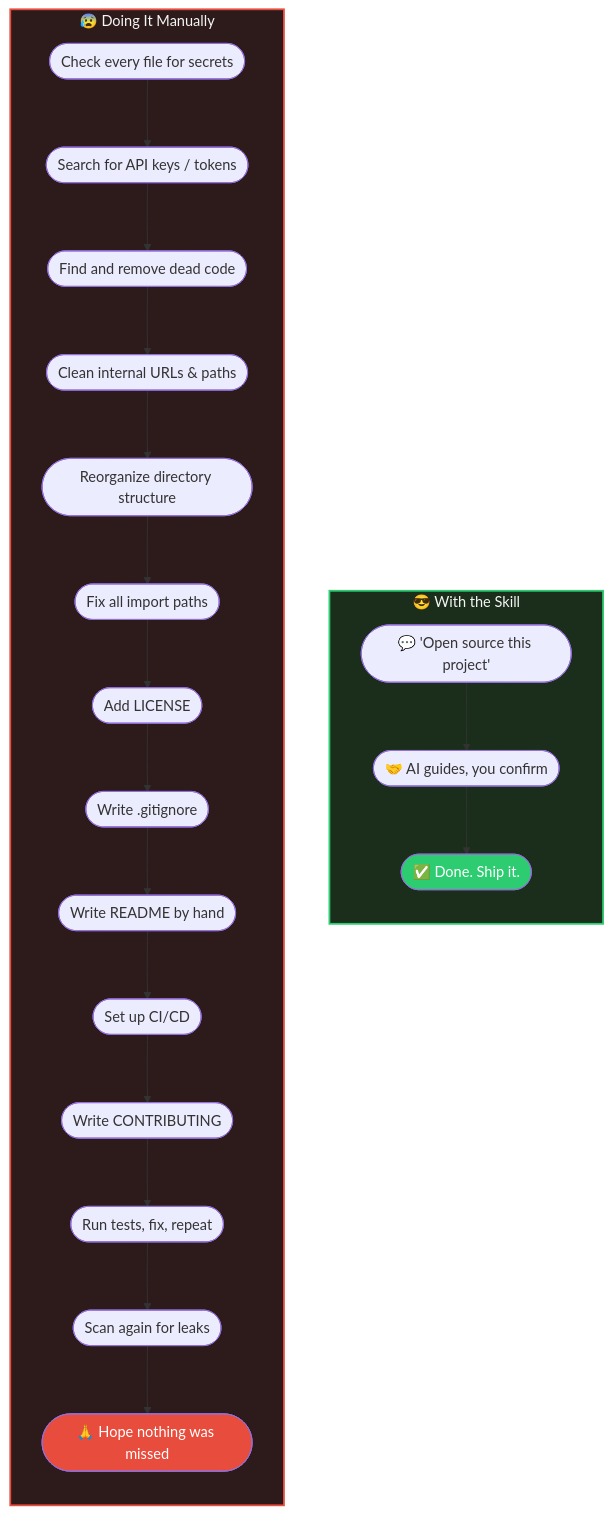
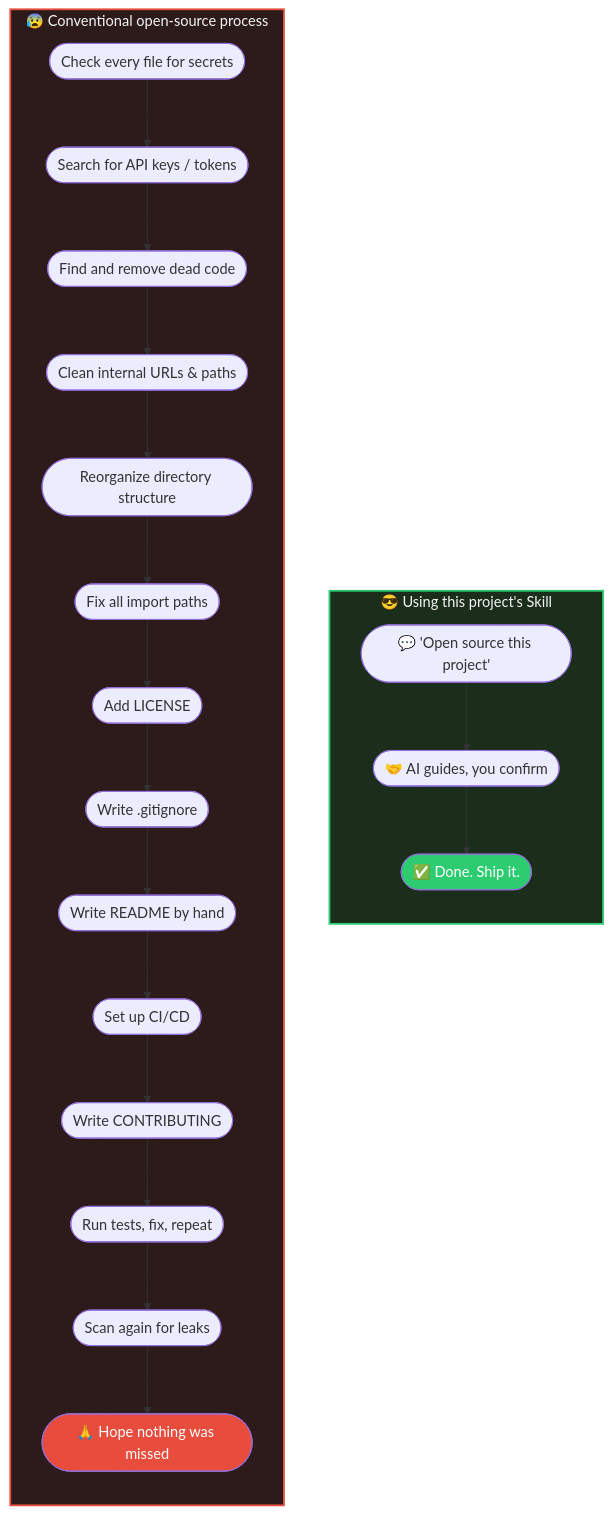
Before and after one commit to breath57/auto-convert-project-to-open-source: the diagram in README.md, drawn with Mermaid. The commit also changed 1 other file, not shown here.

Commit message:
docs: rename comparison diagram subgraph labels
Made-with: Cursor

````diff
--- a/README.md
+++ b/README.md
@@ -25,33 +25,33 @@
 ```mermaid
 flowchart LR
-    subgraph manual["😰 Doing It Manually"]
+    subgraph manual["😰 Conventional open-source process"]
         direction TB
         m1(["Check every file for secrets"]) --> m2(["Search for API keys / tokens"])
         m2 --> m3(["Find and remove dead code"])
         m3 --> m4(["Clean internal URLs & paths"])
         m4 --> m5(["Reorganize directory structure"])
         m5 --> m6(["Fix all import paths"])
         m6 --> m7(["Add LICENSE"])
         m7 --> m8(["Write .gitignore"])
         m8 --> m9(["Write README by hand"])
         m9 --> m10(["Set up CI/CD"])
         m10 --> m11(["Write CONTRIBUTING"])
         m11 --> m12(["Run tests, fix, repeat"])
         m12 --> m13(["Scan again for leaks"])
         m13 --> m14(["🙏 Hope nothing was missed"])
     end
 
-    subgraph skill["😎 With the Skill"]
+    subgraph skill["😎 Using this project's Skill"]
         direction TB
         s1(["💬 'Open source this project'"])
         s1 --> s2(["🤝 AI guides, you confirm"])
         s2 --> s3(["✅ Done. Ship it."])
     end
 
     manual ~~~ skill
 
     style manual fill:#2d1b1b,stroke:#e74c3c,stroke-width:2px,color:#f5f5f5
     style skill fill:#1b2d1b,stroke:#2ecc71,stroke-width:2px,color:#f5f5f5
     style m14 fill:#e74c3c,color:#fff
     style s3 fill:#2ecc71,color:#fff
 ```
````
